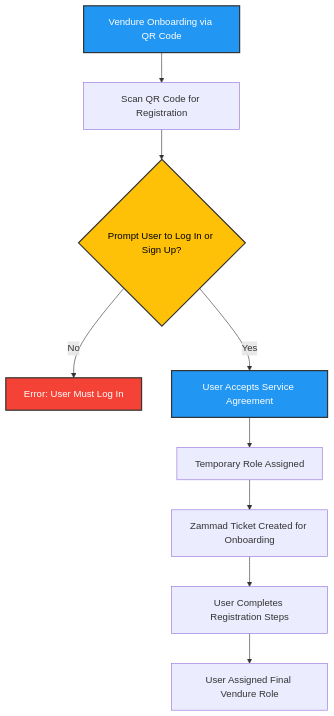
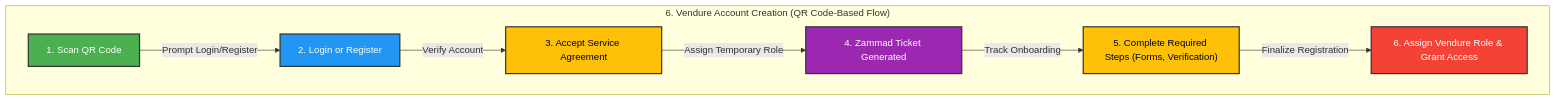
The sixth of 10 diagrams in README.md (LuigiClemente/workflow), drawn with Mermaid before and after one commit. The commit also changed other lines of this file, not shown here.

````diff
--- a/README.md
+++ b/README.md
@@ -208,26 +293,27 @@
 ```mermaid
 flowchart TD
     %% Define Colors
-    classDef processStyle fill:#2196F3,stroke:#333,stroke-width:2px,color:#fff;
-    classDef decisionStyle fill:#FFC107,stroke:#333,stroke-width:2px,color:#000;
-    classDef errorStyle fill:#F44336,stroke:#333,stroke-width:2px,color:#fff;
+    classDef qrStyle fill:#4CAF50,stroke:#333,stroke-width:2px,color:#fff;
+    classDef authStyle fill:#2196F3,stroke:#333,stroke-width:2px,color:#fff;
+    classDef processStyle fill:#FFC107,stroke:#333,stroke-width:2px,color:#000;
+    classDef supportStyle fill:#9C27B0,stroke:#333,stroke-width:2px,color:#fff;
+    classDef roleStyle fill:#F44336,stroke:#333,stroke-width:2px,color:#fff;
 
-    %% Vendure Account Creation
-    vendureOnboarding["Vendure Onboarding via QR Code"]
-    class vendureOnboarding processStyle
+    %% QR Code Onboarding Process
+    subgraph QR_Code_Onboarding["6. Vendure Account Creation (QR Code-Based Flow)"]
+        ScanQR["1. Scan QR Code"]:::qrStyle
+        UserAuth["2. Login or Register"]:::authStyle
+        AcceptAgreement["3. Accept Service Agreement"]:::processStyle
+        ZammadTicket["4. Zammad Ticket Generated"]:::supportStyle
+        CompleteSteps["5. Complete Required Steps (Forms, Verification)"]:::processStyle
+        AssignRole["6. Assign Vendure Role & Grant Access"]:::roleStyle
+    end
 
-    vendureOnboarding --> scanQRCode["Scan QR Code for Registration"]
-    scanQRCode --> loginPrompt{"Prompt User to Log In or Sign Up?"}
-    class loginPrompt decisionStyle
-
-    loginPrompt -->|"No"| errorResponse["Error: User Must Log In"]
-    loginPrompt -->|"Yes"| acceptService["User Accepts Service Agreement"]
-    class errorResponse errorStyle
-    class acceptService processStyle
-
-    acceptService --> tempRole["Temporary Role Assigned"]
-    tempRole --> zammadTicket["Zammad Ticket Created for Onboarding"]
-    zammadTicket --> completeSteps["User Completes Registration Steps"]
-    completeSteps --> assignVendureRole["User Assigned Final Vendure Role"]
+    %% Connections
+    ScanQR -->|Prompt Login/Register| UserAuth
+    UserAuth -->|Verify Account| AcceptAgreement
+    AcceptAgreement -->|Assign Temporary Role| ZammadTicket
+    ZammadTicket -->|Track Onboarding| CompleteSteps
+    CompleteSteps -->|Finalize Registration| AssignRole
 
 ```
````
